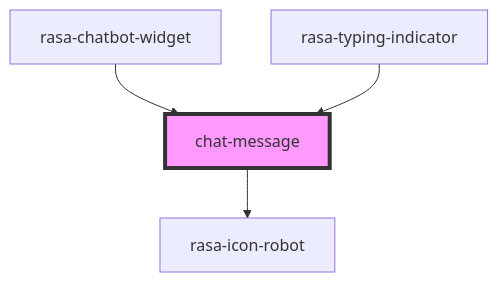
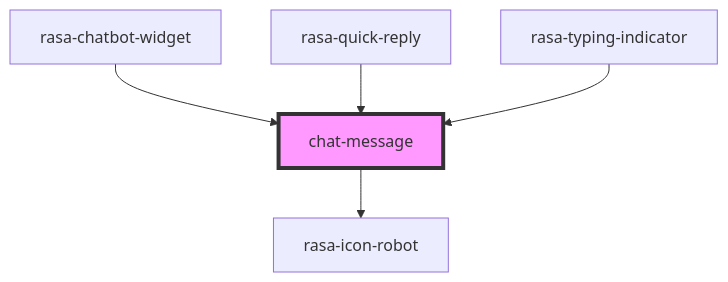
Before and after one commit to RasaHQ/chat-widget: the diagram in packages/web-component/src/components/message/readme.md, drawn with Mermaid. The commit also changed other lines of this file and 23 other files, not shown here.

````diff
--- a/packages/web-component/src/components/message/readme.md
+++ b/packages/web-component/src/components/message/readme.md
@@ -35,7 +36,8 @@
 ```mermaid
 graph TD;
   chat-message --> rasa-icon-robot
   rasa-chatbot-widget --> chat-message
+  rasa-quick-reply --> chat-message
   rasa-typing-indicator --> chat-message
   style chat-message fill:#f9f,stroke:#333,stroke-width:4px
 ```
````
